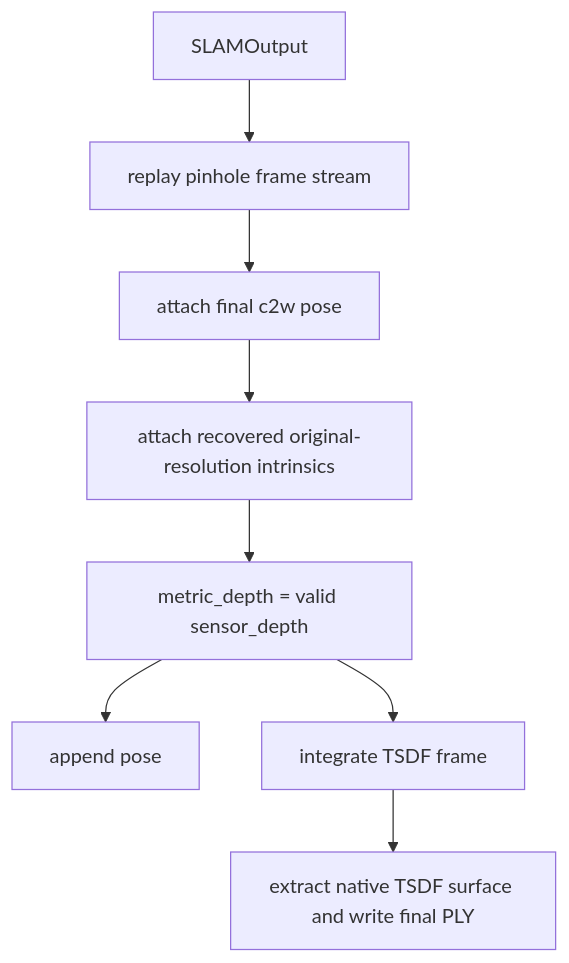
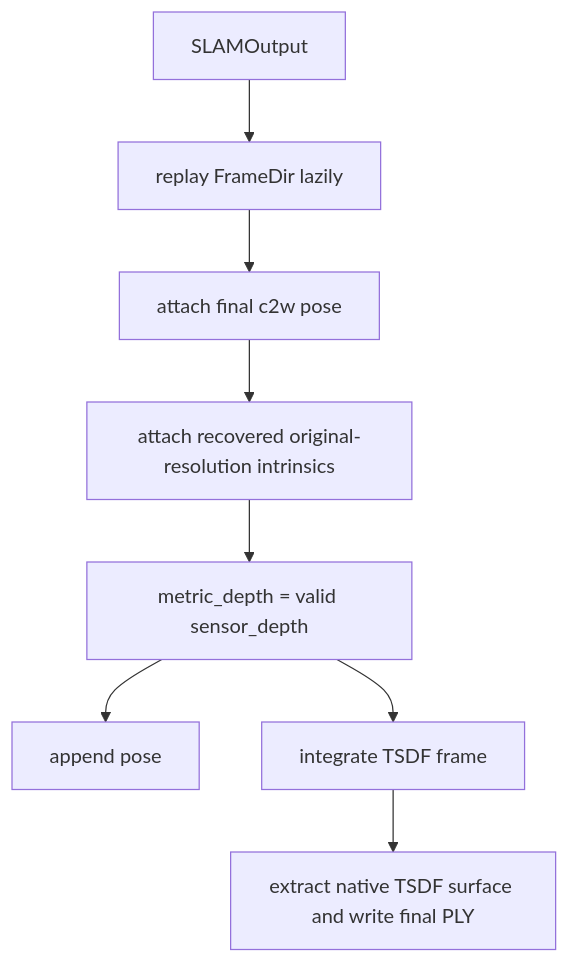
One commit to sadanand1120/vipe changed the fifth of 5 diagrams in fullexplain.md. Above: the diagram before and after it, drawn with Mermaid. The commit also changed other lines of this file and 24 other files, not shown here.

Commit message:
Unify data contract and extraction flow

````diff
--- a/fullexplain.md
+++ b/fullexplain.md
@@ -892,10 +825,10 @@
 ```mermaid
 flowchart TD
-    A[SLAMOutput] --> B[replay pinhole frame stream]
+    A[SLAMOutput] --> B[replay FrameDir lazily]
     B --> C[attach final c2w pose]
     C --> D[attach recovered original-resolution intrinsics]
     D --> E[metric_depth = valid sensor_depth]
     E --> F[append pose]
     E --> G[integrate TSDF frame]
     G --> H[extract native TSDF surface and write final PLY]
 ```
````
